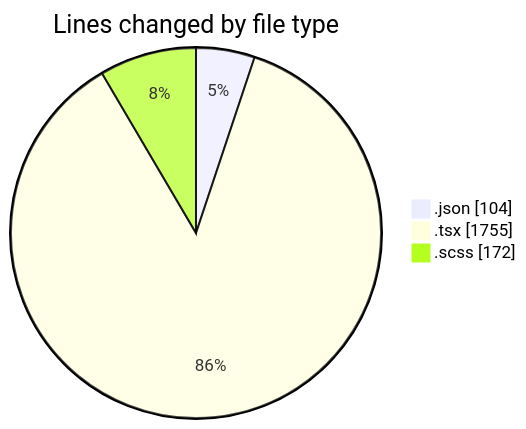
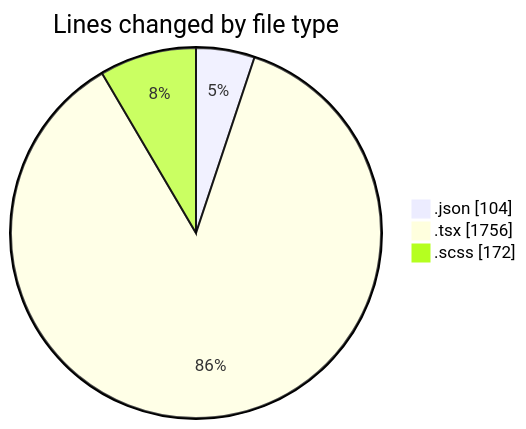
Before and after one commit to momahboobian/code-tracking: the first of 2 diagrams in 2025-08-20/cda/README.md, drawn with Mermaid. The commit also changed other lines of this file and 1 other file, not shown here.

````diff
--- a/2025-08-20/cda/README.md
+++ b/2025-08-20/cda/README.md
@@ -26,7 +26,7 @@
 ```mermaid
 pie showData
 title Lines changed by file type
 ".json" : 104
-".tsx" : 1755
+".tsx" : 1756
 ".scss" : 172
 ```
````
